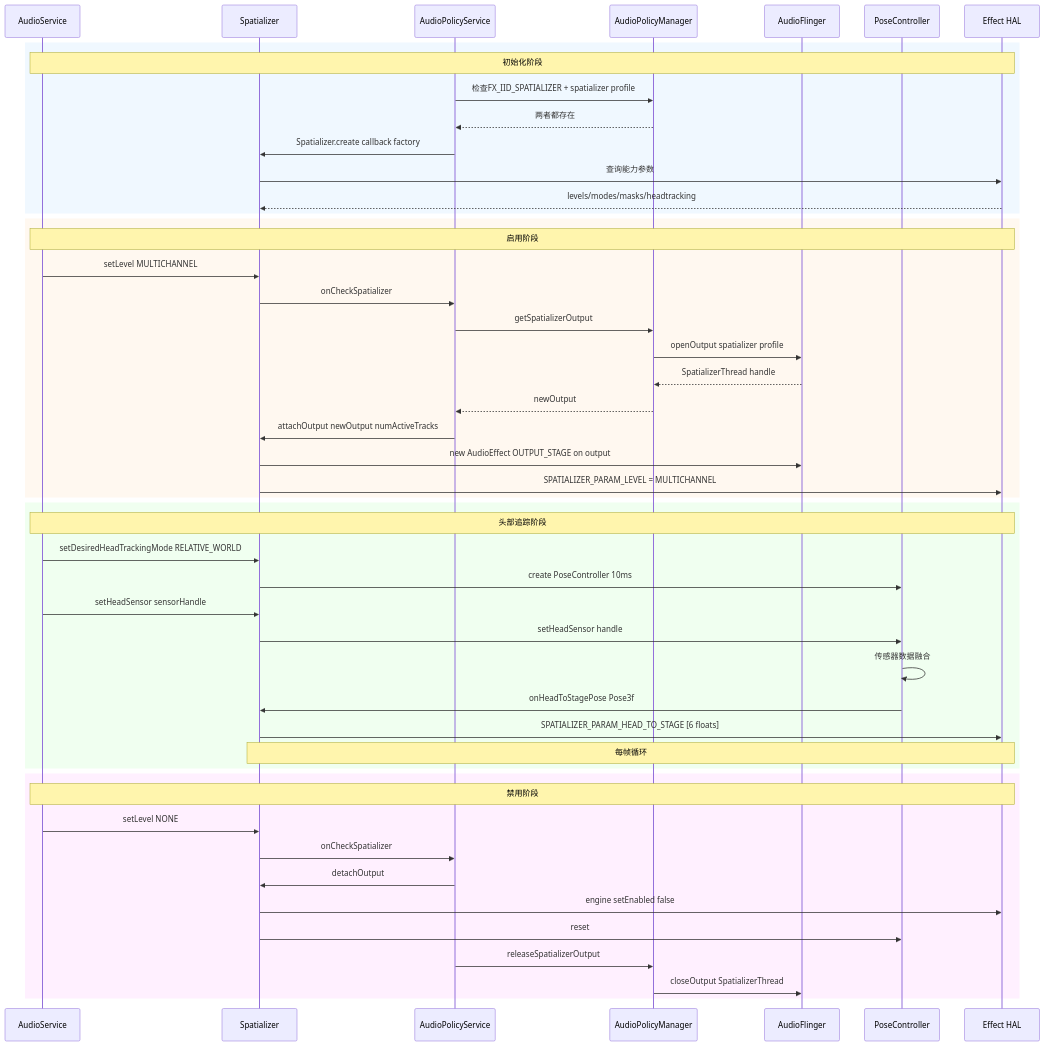
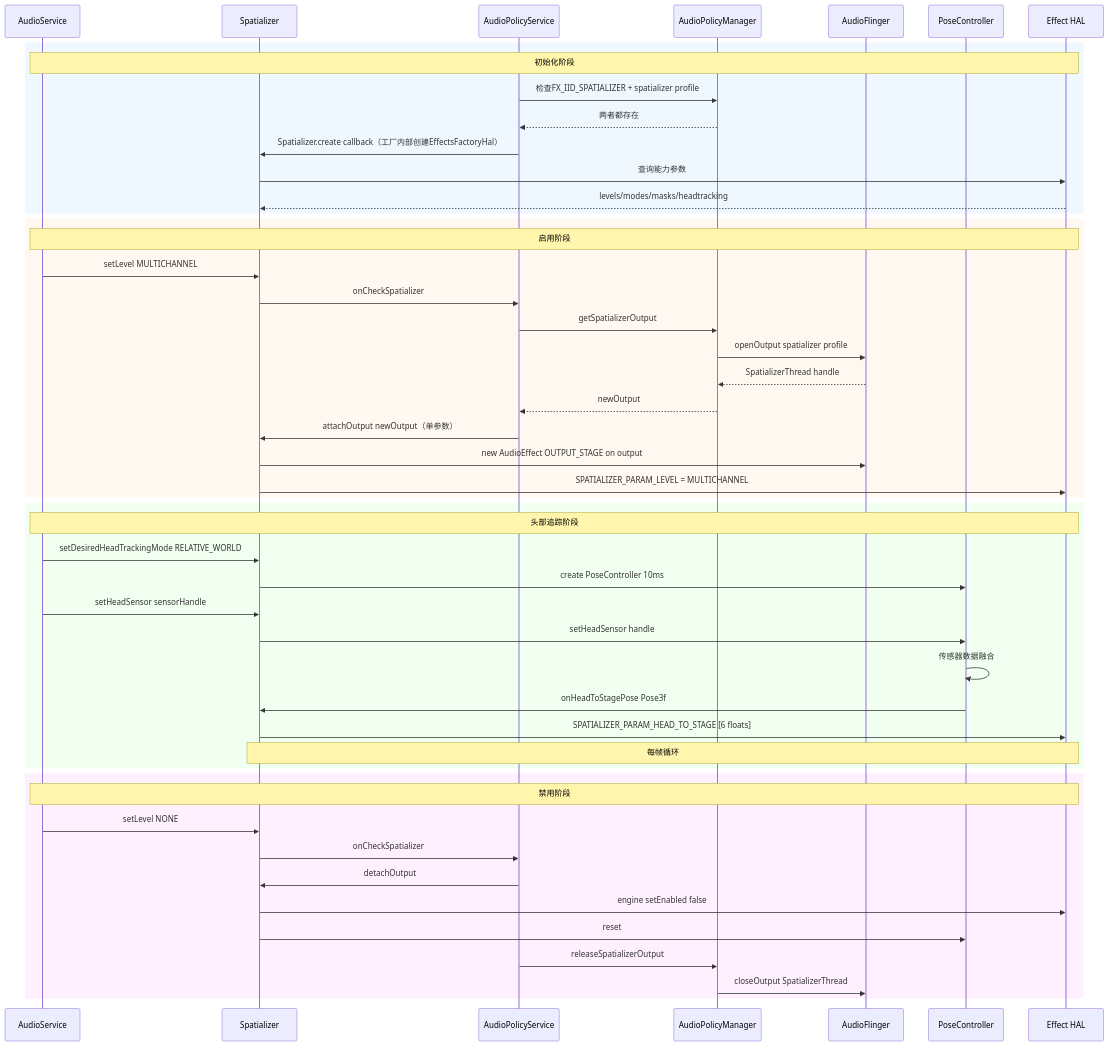
The eighth of 8 diagrams in 07_Effects_Framework/07_7.6_Spatializer空间音频架构详解.md (yanglinzhen1022/SA8295_AAOS_QNX_Audio_KnowledgeBase), drawn with Mermaid before and after one commit. The commit also changed other lines of this file and 12 other files, not shown here.

````diff
--- a/07_Effects_Framework/07_7.6_Spatializer空间音频架构详解.md
+++ b/07_Effects_Framework/07_7.6_Spatializer空间音频架构详解.md
@@ -600,55 +618,55 @@
 ```mermaid
 sequenceDiagram
     participant AS as AudioService
     participant SPAT as Spatializer
     participant APS as AudioPolicyService
     participant APM as AudioPolicyManager
     participant AF as AudioFlinger
     participant PC as PoseController
     participant HAL as Effect HAL
 
     rect rgb(240, 248, 255)
     Note over AS,HAL: 初始化阶段
     APS->>APM: 检查FX_IID_SPATIALIZER + spatializer profile
     APM-->>APS: 两者都存在
-    APS->>SPAT: Spatializer.create callback factory
+    APS->>SPAT: Spatializer.create callback（工厂内部创建EffectsFactoryHal）
     SPAT->>HAL: 查询能力参数
     HAL-->>SPAT: levels/modes/masks/headtracking
     end
 
     rect rgb(255, 248, 240)
     Note over AS,HAL: 启用阶段
     AS->>SPAT: setLevel MULTICHANNEL
     SPAT->>APS: onCheckSpatializer
     APS->>APM: getSpatializerOutput
     APM->>AF: openOutput spatializer profile
     AF-->>APM: SpatializerThread handle
     APM-->>APS: newOutput
-    APS->>SPAT: attachOutput newOutput numActiveTracks
+    APS->>SPAT: attachOutput newOutput（单参数）
     SPAT->>AF: new AudioEffect OUTPUT_STAGE on output
     SPAT->>HAL: SPATIALIZER_PARAM_LEVEL = MULTICHANNEL
     end
 
     rect rgb(240, 255, 240)
     Note over AS,HAL: 头部追踪阶段
     AS->>SPAT: setDesiredHeadTrackingMode RELATIVE_WORLD
     SPAT->>PC: create PoseController 10ms
     AS->>SPAT: setHeadSensor sensorHandle
     SPAT->>PC: setHeadSensor handle
     PC->>PC: 传感器数据融合
     PC->>SPAT: onHeadToStagePose Pose3f
     SPAT->>HAL: SPATIALIZER_PARAM_HEAD_TO_STAGE [6 floats]
     Note over SPAT,HAL: 每帧循环
     end
 
     rect rgb(255, 240, 255)
     Note over AS,HAL: 禁用阶段
     AS->>SPAT: setLevel NONE
     SPAT->>APS: onCheckSpatializer
     APS->>SPAT: detachOutput
     SPAT->>HAL: engine setEnabled false
     SPAT->>PC: reset
     APS->>APM: releaseSpatializerOutput
     APM->>AF: closeOutput SpatializerThread
     end
 ```
````
